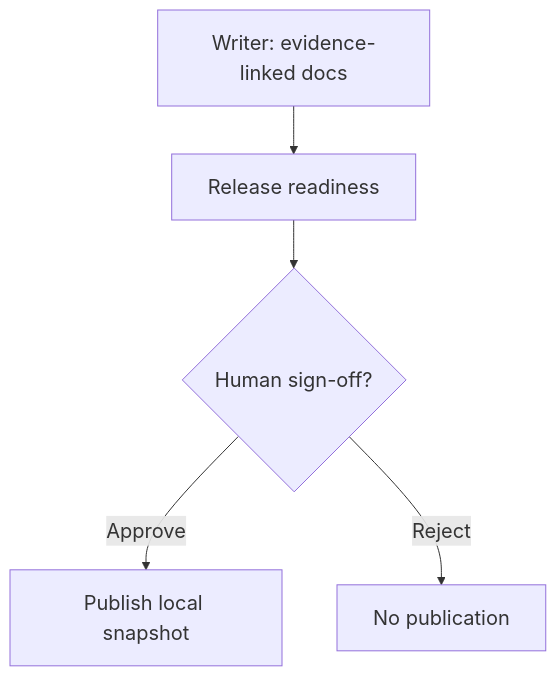
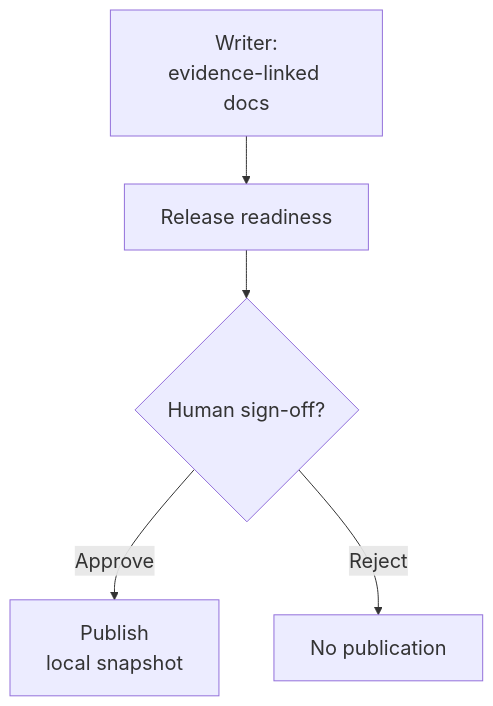
One commit to kcskribbl/canopy-agentic-sdlc changed the third of 4 diagrams in README.md. Above: the diagram before and after it, drawn with Mermaid. The commit also changed other lines of this file, not shown here.

First line of the commit message:
Wrap long labels in README Mermaid diagrams

````diff
--- a/README.md
+++ b/README.md
@@ -159,16 +159,16 @@
 ```mermaid
 %%{init: {"themeVariables":{"fontSize":"20px"},"flowchart":{"nodeSpacing":55,"rankSpacing":48,"padding":18}}}%%
 flowchart TD
-    D["Writer: evidence-linked docs"]
+    D["Writer:<br/>evidence-linked docs"]
 
     R["Release readiness"]
 
     H{"Human sign-off?"}
 
-    P["Publish local snapshot"]
+    P["Publish<br/>local snapshot"]
 
     D --> R
     R --> H
     H -->|Approve| P
     H -->|Reject| X["No publication"]
 ```
````
